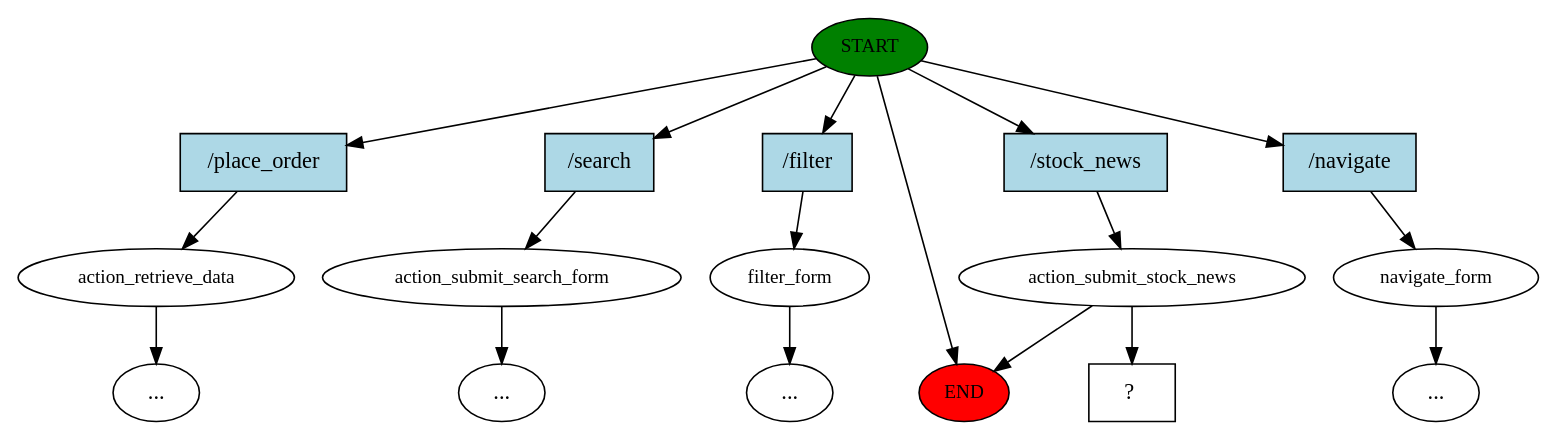
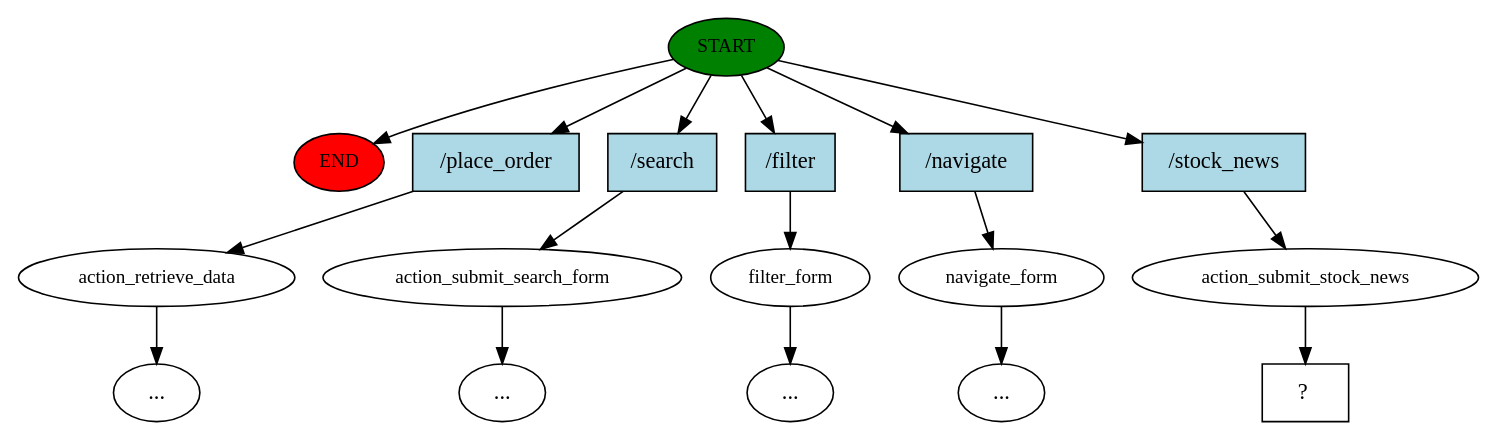
The diagram in src/components/ChatBot/ChatBotBackend/rasa_intent/story_graph.dot (medAzizBennour/chatbot), drawn with Graphviz before and after one commit. The commit also changed 1 other file, not shown here.

```diff
--- a/src/components/ChatBot/ChatBotBackend/rasa_intent/story_graph.dot
+++ b/src/components/ChatBot/ChatBotBackend/rasa_intent/story_graph.dot
@@ -1,36 +1,35 @@
 digraph  {
 0 [class="start active", fillcolor=green, fontsize=12, label=START, style=filled];
 "-1" [class=end, fillcolor=red, fontsize=12, label=END, style=filled];
 1 [class="", fontsize=12, label=action_retrieve_data];
 "-4" [class=ellipsis, label="..."];
 3 [class="", fontsize=12, label=action_submit_search_form];
 "-5" [class=ellipsis, label="..."];
 4 [class="", fontsize=12, label=filter_form];
 "-6" [class=ellipsis, label="..."];
 5 [class="", fontsize=12, label=navigate_form];
 "-7" [class=ellipsis, label="..."];
 6 [class=active, fontsize=12, label=action_submit_stock_news];
-8 [class="intent dashed active", label="  ?  ", shape=rect];
-9 [class=intent, fillcolor=lightblue, label="/place_order", shape=rect, style=filled];
-10 [class=intent, fillcolor=lightblue, label="/search", shape=rect, style=filled];
-11 [class=intent, fillcolor=lightblue, label="/filter", shape=rect, style=filled];
-12 [class=intent, fillcolor=lightblue, label="/navigate", shape=rect, style=filled];
-13 [class="intent active", fillcolor=lightblue, label="/stock_news", shape=rect, style=filled];
+7 [class="intent dashed active", label="  ?  ", shape=rect];
+8 [class=intent, fillcolor=lightblue, label="/place_order", shape=rect, style=filled];
+9 [class=intent, fillcolor=lightblue, label="/search", shape=rect, style=filled];
+10 [class=intent, fillcolor=lightblue, label="/filter", shape=rect, style=filled];
+11 [class=intent, fillcolor=lightblue, label="/navigate", shape=rect, style=filled];
+12 [class="intent active", fillcolor=lightblue, label="/stock_news", shape=rect, style=filled];
 0 -> "-1"  [class="", key=NONE, label=""];
+0 -> 8  [class="", key=0];
 0 -> 9  [class="", key=0];
 0 -> 10  [class="", key=0];
 0 -> 11  [class="", key=0];
-0 -> 12  [class="", key=0];
-0 -> 13  [class=active, key=0];
+0 -> 12  [class=active, key=0];
 1 -> "-4"  [class="", key=NONE, label=""];
 3 -> "-5"  [class="", key=NONE, label=""];
 4 -> "-6"  [class="", key=NONE, label=""];
 5 -> "-7"  [class="", key=NONE, label=""];
-6 -> "-1"  [class="", key=NONE, label=""];
-6 -> 8  [class=active, key=NONE, label=""];
-9 -> 1  [class="", key=0];
-10 -> 3  [class="", key=0];
-11 -> 4  [class="", key=0];
-12 -> 5  [class="", key=0];
-13 -> 6  [class=active, key=0];
+6 -> 7  [class=active, key=NONE, label=""];
+8 -> 1  [class="", key=0];
+9 -> 3  [class="", key=0];
+10 -> 4  [class="", key=0];
+11 -> 5  [class="", key=0];
+12 -> 6  [class=active, key=0];
 }
```
